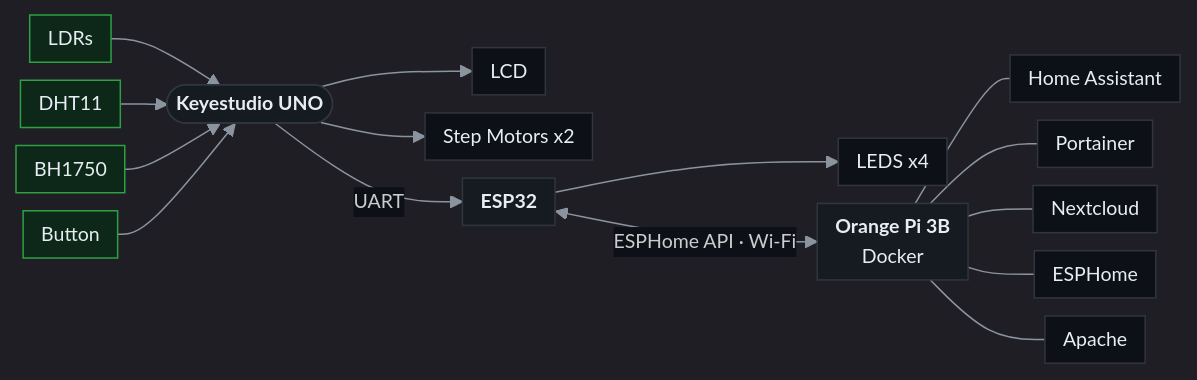
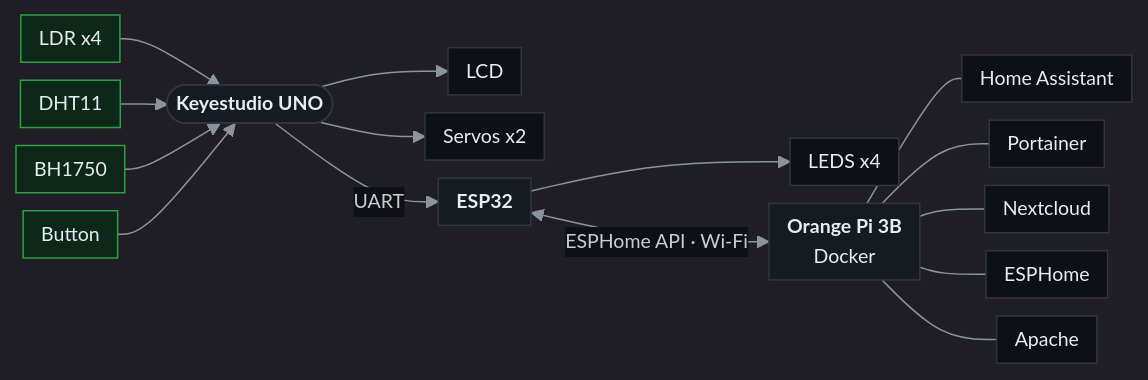
One commit to DanielMPGit/Panel-Solar-con-HA changed the diagram in README.md. Above: the diagram before and after it, drawn with Mermaid. The commit also changed other lines of this file, not shown here.

````diff
--- a/README.md
+++ b/README.md
@@ -49,38 +49,38 @@
 ```mermaid
 %%{init: {'theme':'dark','themeVariables':{'fontSize':'13px','edgeLabelBackground':'#0d1117','lineColor':'#8b949e'},'flowchart':{'nodeSpacing':12,'rankSpacing':28,'padding':6}}}%%
 flowchart LR
-    S1["LDRs"]
+    S1["LDR x4"]
     S2["DHT11"]
     S3["BH1750"]
     S4["Button"]
 
     A(["<b>Keyestudio UNO</b>"])
 
     O1["LCD"]
-    O2["Step Motors x2"]
+    O2["Servos x2"]
 
     B["<b>ESP32</b>"]
     L["LEDS x4"]
     C["<b>Orange Pi 3B</b><br/>Docker"]
 
     H["Home Assistant"]
     N["Nextcloud"]
     D["ESPHome"]
     P["Portainer"]
     W["Apache"]
 
     S1 & S2 & S3 & S4 --> A
     A --> O1 & O2
     A -->|"UART"| B
     B --> L
     B <-->|"ESPHome API · Wi-Fi"| C
     C --- H & P & N & D & W
 
     classDef sensor fill:#0d2818,stroke:#2ea043,color:#e6edf3;
     classDef step fill:#161b22,stroke:#30363d,color:#e6edf3;
     classDef svc fill:#0d1117,stroke:#30363d,color:#e6edf3;
 
     class S1,S2,S3,S4 sensor
     class A,B,C step
     class O1,O2,L,H,P,N,D,W svc
 ```
````
